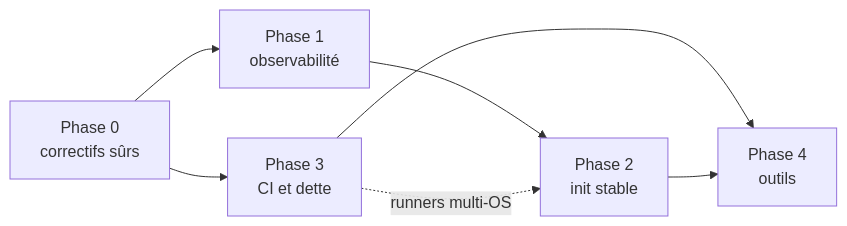
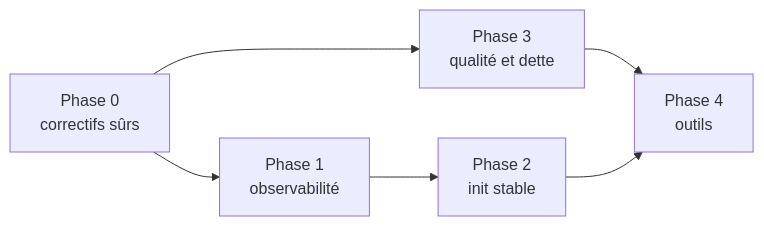
One commit to LORD-SOUPEX/Compliance_Platform changed the second of 2 diagrams in plan.md. Above: the diagram before and after it, drawn with Mermaid. The commit also changed other lines of this file and 49 other files, not shown here.

````diff
--- a/plan.md
+++ b/plan.md
@@ -391,9 +392,8 @@
 ```mermaid
 flowchart LR
     P0[Phase 0<br/>correctifs sûrs] --> P1[Phase 1<br/>observabilité]
     P1 --> P2[Phase 2<br/>init stable]
-    P0 --> P3[Phase 3<br/>CI et dette]
+    P0 --> P3[Phase 3<br/>qualité et dette]
     P3 --> P4[Phase 4<br/>outils]
     P2 --> P4
-    P3 -. runners multi-OS .-> P2
 ```
````
